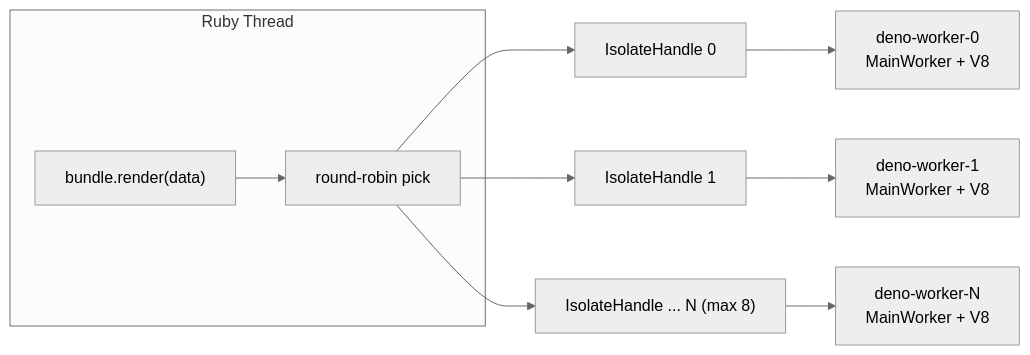
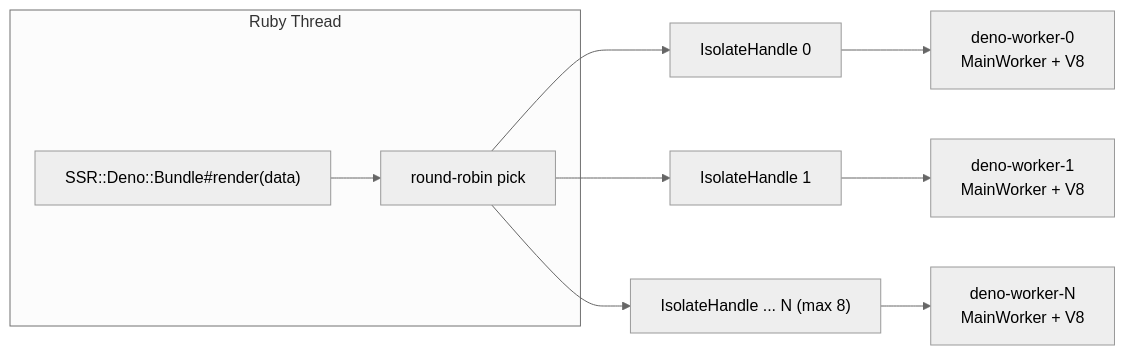
Before and after one commit to mdesantis/ssr-deno: the second of 3 diagrams in docs/architecture.md, drawn with Mermaid (neutral theme). The commit also changed other lines of this file and 1 other file, not shown here.

First line of the commit message:
docs: disambiguate "bundle" from Ruby Bundler in prose and diagrams

````diff
--- a/docs/architecture.md
+++ b/docs/architecture.md
@@ -60,12 +60,12 @@
 ```mermaid
 flowchart LR
     subgraph RubyThread["Ruby Thread"]
-        Bundle["bundle.render(data)"] --> Pick["round-robin pick"]
+        SSRBundle["SSR::Deno::Bundle#render(data)"] --> Pick["round-robin pick"]
     end
     Pick --> H1["IsolateHandle 0"]
     Pick --> H2["IsolateHandle 1"]
     Pick --> H3["IsolateHandle ... N (max 8)"]
     H1 --> W1["deno-worker-0<br/>MainWorker + V8"]
     H2 --> W2["deno-worker-1<br/>MainWorker + V8"]
     H3 --> W3["deno-worker-N<br/>MainWorker + V8"]
 ```
````
